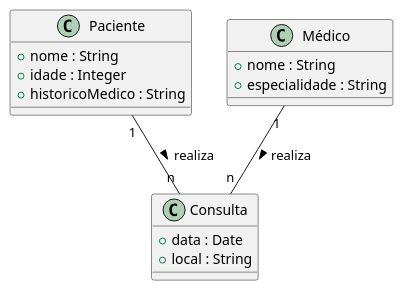
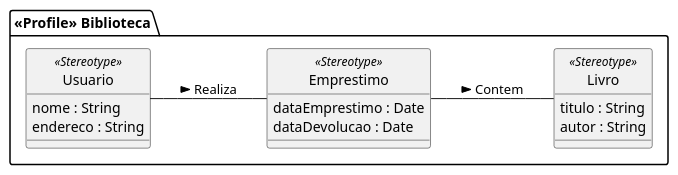
The diagram in UML/DiagramasEstruturais/Perfil.puml (LeonardoVieiraGuimaraes/OrientacaoObjetos), drawn with PlantUML before and after one commit. The commit also changed 2 other files, not shown here.

Commit message:
Changes to be committed: 	new file:   ModelagemCasoUso/SistemaControleBancario.puml 	modified:   UML/DiagramasEstruturais/Componentes.puml 	modified:   UML/DiagramasEstruturais/Perfil.puml

```diff
--- a/UML/DiagramasEstruturais/Perfil.puml
+++ b/UML/DiagramasEstruturais/Perfil.puml
@@ -1,20 +1,26 @@
 @startuml
-class Paciente {
-    + nome : String
-    + idade : Integer
-    + historicoMedico : String
+
+package "<<Profile>> Biblioteca" {
+    left to right direction
+    class "Livro" <<Stereotype>> {
+        titulo : String
+        autor : String
+    }
+
+    class "Usuario" <<Stereotype>> {
+        nome : String
+        endereco : String
+    }
+
+    class "Emprestimo" <<Stereotype>> {
+        dataEmprestimo : Date
+        dataDevolucao : Date
+    }
+
+    Usuario -- Emprestimo : Realiza >
+    Emprestimo -- Livro : Contem >
 }
-
-class Médico {
-    + nome : String
-    + especialidade : String
-}
-
-class Consulta {
-    + data : Date
-    + local : String
-}
-
-Paciente "1" -- "n" Consulta : realiza >
-Médico "1" -- "n" Consulta : realiza >
+hide Livro circle
+hide Usuario circle
+hide Emprestimo circle
 @enduml
```
